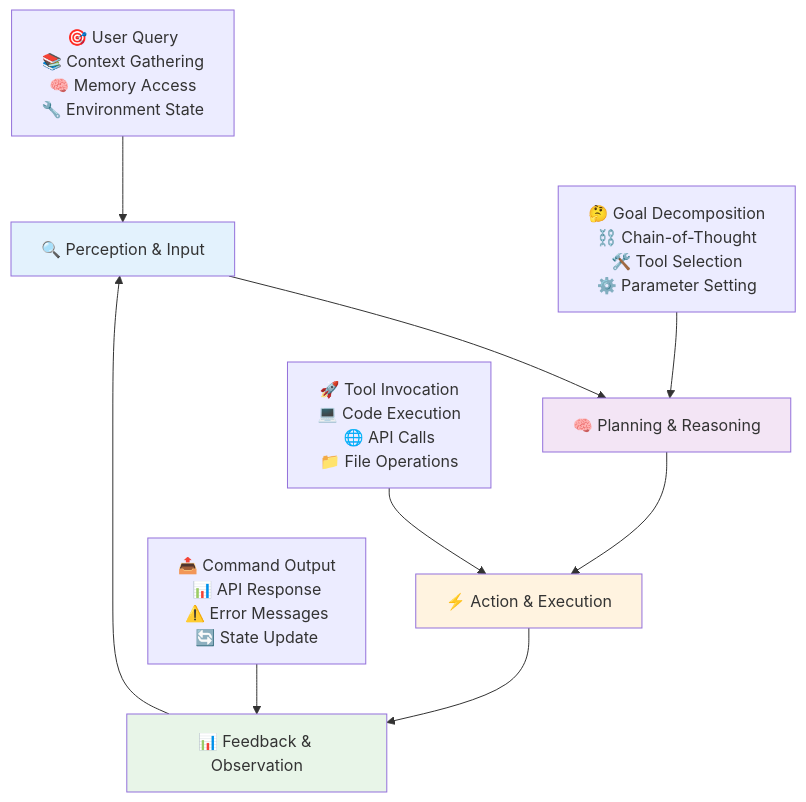
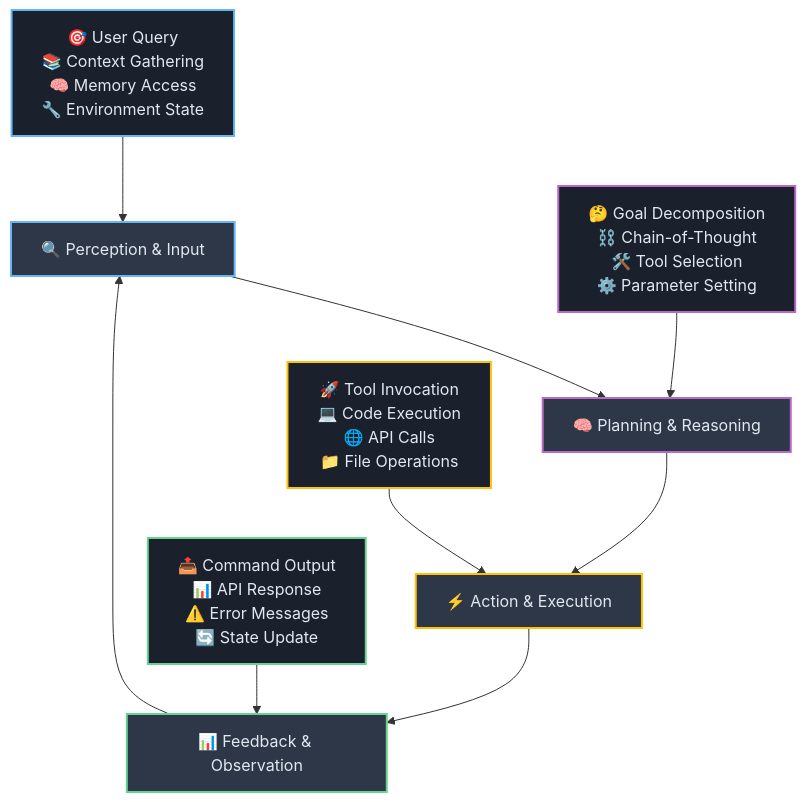
Before and after one commit to josemlopez/prompt_tutorial: the fifth of 6 diagrams in Part_II_Section_4_From_Instruction_to_Autonomous_System.md, drawn with Mermaid. The commit also changed other lines of this file and 7 other files, not shown here.

````diff
--- a/Part_II_Section_4_From_Instruction_to_Autonomous_System.md
+++ b/Part_II_Section_4_From_Instruction_to_Autonomous_System.md
@@ -147,20 +151,24 @@
 ```mermaid
 graph TD
-    A[🔍 Perception & Input] --> B[🧠 Planning & Reasoning]
-    B --> C[⚡ Action & Execution]
-    C --> D[📊 Feedback & Observation]
-    D --> A
-    
-    A1[🎯 User Query<br/>📚 Context Gathering<br/>🧠 Memory Access<br/>🔧 Environment State] --> A
-    
-    B1[🤔 Goal Decomposition<br/>⛓️ Chain-of-Thought<br/>🛠️ Tool Selection<br/>⚙️ Parameter Setting] --> B
-    
-    C1[🚀 Tool Invocation<br/>💻 Code Execution<br/>🌐 API Calls<br/>📁 File Operations] --> C
-    
-    D1[📤 Command Output<br/>📊 API Response<br/>⚠️ Error Messages<br/>🔄 State Update] --> D
-    
-    style A fill:#e3f2fd
-    style B fill:#f3e5f5
-    style C fill:#fff3e0
-    style D fill:#e8f5e8
+   A[🔍 Perception & Input] --> B[🧠 Planning & Reasoning]
+   B --> C[⚡ Action & Execution]
+   C --> D[📊 Feedback & Observation]
+   D --> A
+   
+   A1[🎯 User Query<br/>📚 Context Gathering<br/>🧠 Memory Access<br/>🔧 Environment State] --> A
+   
+   B1[🤔 Goal Decomposition<br/>⛓️ Chain-of-Thought<br/>🛠️ Tool Selection<br/>⚙️ Parameter Setting] --> B
+   
+   C1[🚀 Tool Invocation<br/>💻 Code Execution<br/>🌐 API Calls<br/>📁 File Operations] --> C
+   
+   D1[📤 Command Output<br/>📊 API Response<br/>⚠️ Error Messages<br/>🔄 State Update] --> D
+   
+   style A fill:#2d3748,stroke:#64b5f6,stroke-width:2px,color:#e2e8f0
+   style B fill:#2d3748,stroke:#ba68c8,stroke-width:2px,color:#e2e8f0
+   style C fill:#2d3748,stroke:#ffc107,stroke-width:2px,color:#e2e8f0
+   style D fill:#2d3748,stroke:#68d391,stroke-width:2px,color:#e2e8f0
+   style A1 fill:#1a202c,stroke:#64b5f6,stroke-width:2px,color:#e2e8f0
+   style B1 fill:#1a202c,stroke:#ba68c8,stroke-width:2px,color:#e2e8f0
+   style C1 fill:#1a202c,stroke:#ffc107,stroke-width:2px,color:#e2e8f0
+   style D1 fill:#1a202c,stroke:#68d391,stroke-width:2px,color:#e2e8f0
 ```
````
